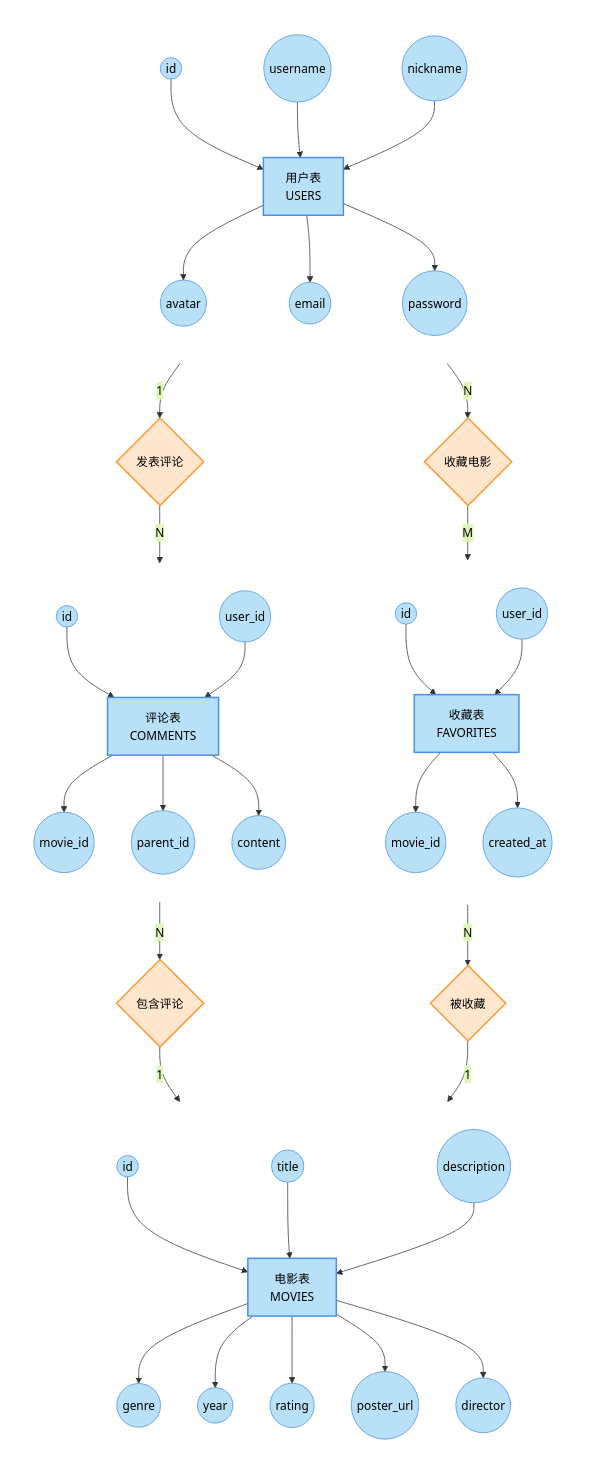
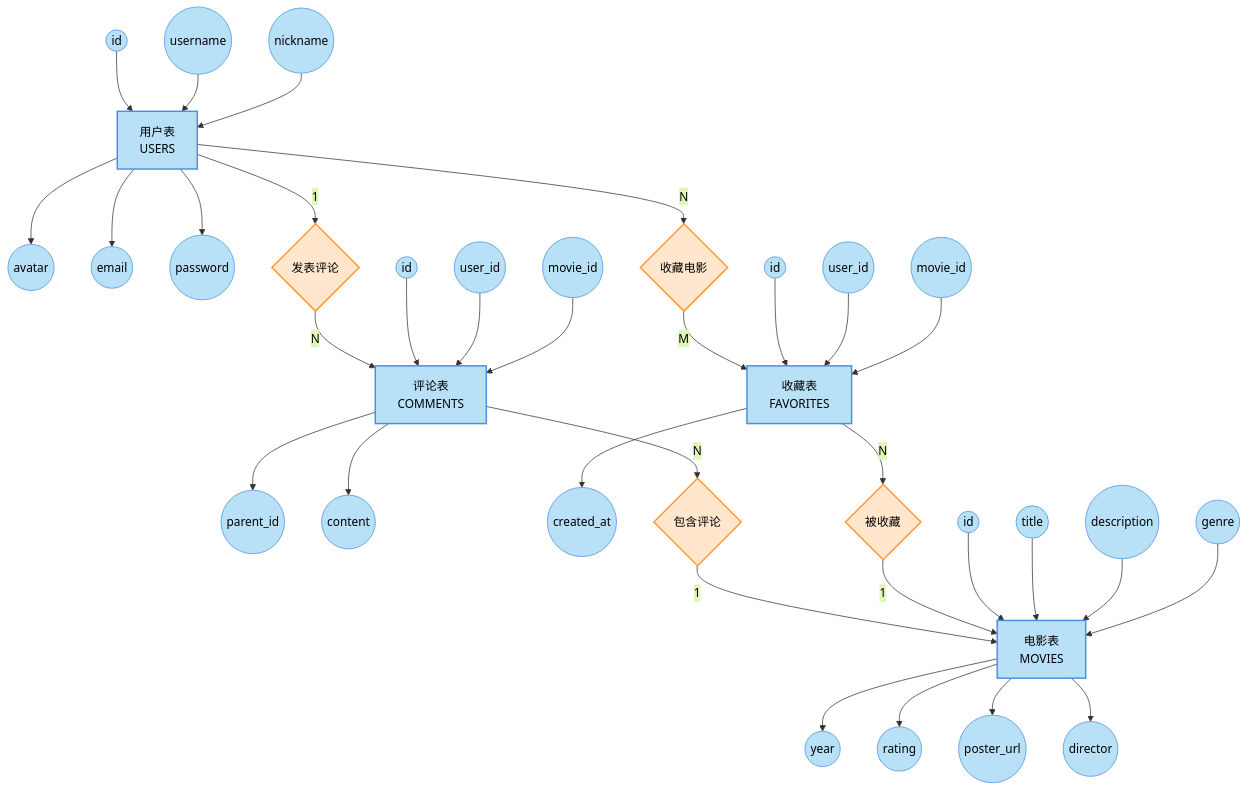
The fifth of 18 diagrams in docs/架构设计.md (keyoshoin/movie-website), drawn with Mermaid before and after one commit.

Commit message:
优化ER图布局：调整为对称的沙漏结构

````diff
--- a/docs/架构设计.md
+++ b/docs/架构设计.md
@@ -177,92 +177,73 @@
 ```mermaid
 %%{init: {'theme': 'base', 'themeVariables': { 'background': '#ffffff', 'primaryColor': '#B8E0F6', 'primaryTextColor': '#000000', 'primaryBorderColor': '#4A90E2', 'lineColor': '#333333', 'tertiaryColor': '#ffffff'}}}%%
 graph TD
-    %% 第一行：用户实体
-    subgraph UsersSection[" "]
-        direction TB
-        UserId((id))
-        UserName((username))
-        UserNickname((nickname))
-        Users[用户表<br/>USERS]
-        UserAvatar((avatar))
-        UserEmail((email))
-        UserPassword((password))
-        
-        UserId --> Users
-        UserName --> Users
-        UserNickname --> Users
-        Users --> UserAvatar
-        Users --> UserEmail
-        Users --> UserPassword
-    end
+    %% 顶部：用户实体及属性（居中）
+    UserId1((id))
+    UserId2((username))
+    UserId3((nickname))
+    UserId1 --> Users
+    UserId2 --> Users
+    UserId3 --> Users
     
-    %% 第二行：用户关系
+    Users[用户表<br/>USERS]
+    
+    Users --> UserAttr1((avatar))
+    Users --> UserAttr2((email))
+    Users --> UserAttr3((password))
+    
+    %% 第二层：左右对称的关系
     Users -->|1| PublishRel{发表评论}
     Users -->|N| FavoriteRel{收藏电影}
     
-    %% 第三行：评论和收藏实体
-    subgraph CommentsSection[" "]
-        direction TB
-        CommentId((id))
-        CommentUserId((user_id))
-        Comments[评论表<br/>COMMENTS]
-        CommentMovieId((movie_id))
-        CommentParentId((parent_id))
-        CommentContent((content))
-        
-        CommentId --> Comments
-        CommentUserId --> Comments
-        Comments --> CommentMovieId
-        Comments --> CommentParentId
-        Comments --> CommentContent
-    end
-    
-    subgraph FavoritesSection[" "]
-        direction TB
-        FavId((id))
-        FavUserId((user_id))
-        Favorites[收藏表<br/>FAVORITES]
-        FavMovieId((movie_id))
-        FavCreated((created_at))
-        
-        FavId --> Favorites
-        FavUserId --> Favorites
-        Favorites --> FavMovieId
-        Favorites --> FavCreated
-    end
-    
+    %% 第三层：左右对称的实体
     PublishRel -->|N| Comments
     FavoriteRel -->|M| Favorites
     
-    %% 第四行：电影关系
+    %% 评论表属性（左侧）
+    CommentId1((id))
+    CommentId2((user_id))
+    CommentId3((movie_id))
+    
+    CommentId1 --> Comments[评论表<br/>COMMENTS]
+    CommentId2 --> Comments
+    CommentId3 --> Comments
+    
+    Comments --> CommentAttr1((parent_id))
+    Comments --> CommentAttr2((content))
+    
+    %% 收藏表属性（右侧）
+    FavId1((id))
+    FavId2((user_id))
+    FavId3((movie_id))
+    
+    FavId1 --> Favorites[收藏表<br/>FAVORITES]
+    FavId2 --> Favorites
+    FavId3 --> Favorites
+    
+    Favorites --> FavAttr1((created_at))
+    
+    %% 第四层：左右对称的关系
     Comments -->|N| HasCommentRel{包含评论}
     Favorites -->|N| IsFavoritedRel{被收藏}
     
     HasCommentRel -->|1| Movies
     IsFavoritedRel -->|1| Movies
     
-    %% 第五行：电影实体
-    subgraph MoviesSection[" "]
-        direction TB
-        MovieId((id))
-        MovieTitle((title))
-        MovieDesc((description))
-        Movies[电影表<br/>MOVIES]
-        MovieGenre((genre))
-        MovieYear((year))
-        MovieRating((rating))
-        MoviePoster((poster_url))
-        MovieDirector((director))
-        
-        MovieId --> Movies
-        MovieTitle --> Movies
-        MovieDesc --> Movies
-        Movies --> MovieGenre
-        Movies --> MovieYear
-        Movies --> MovieRating
-        Movies --> MoviePoster
-        Movies --> MovieDirector
-    end
+    %% 底部：电影实体及属性（居中）
+    MovieId1((id))
+    MovieId2((title))
+    MovieId3((description))
+    MovieId4((genre))
+    
+    MovieId1 --> Movies[电影表<br/>MOVIES]
+    MovieId2 --> Movies
+    MovieId3 --> Movies
+    MovieId4 --> Movies
+    
+    Movies --> MovieAttr1((year))
+    Movies --> MovieAttr2((rating))
+    Movies --> MovieAttr3((poster_url))
+    Movies --> MovieAttr4((director))
     
     style Users fill:#B8E0F6,stroke:#4A90E2,stroke-width:2px,color:#000000
     style Movies fill:#B8E0F6,stroke:#4A90E2,stroke-width:2px,color:#000000
@@ -273,9 +254,4 @@
     style HasCommentRel fill:#FFE6CC,stroke:#FF9933,stroke-width:2px,color:#000000
     style FavoriteRel fill:#FFE6CC,stroke:#FF9933,stroke-width:2px,color:#000000
     style IsFavoritedRel fill:#FFE6CC,stroke:#FF9933,stroke-width:2px,color:#000000
-    
-    style UsersSection fill:none,stroke:none
-    style CommentsSection fill:none,stroke:none
-    style FavoritesSection fill:none,stroke:none
-    style MoviesSection fill:none,stroke:none
 ```
````
